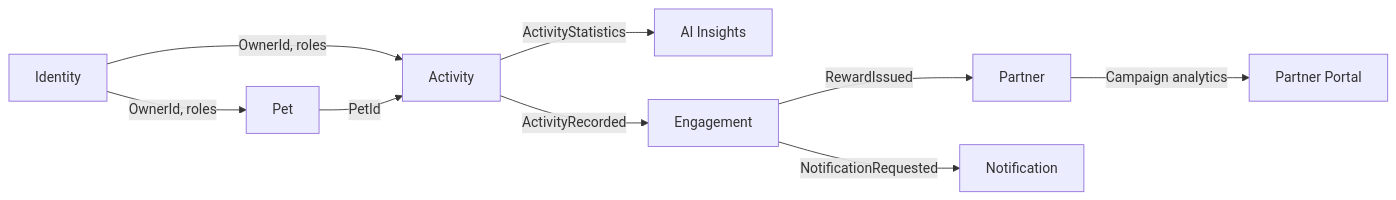
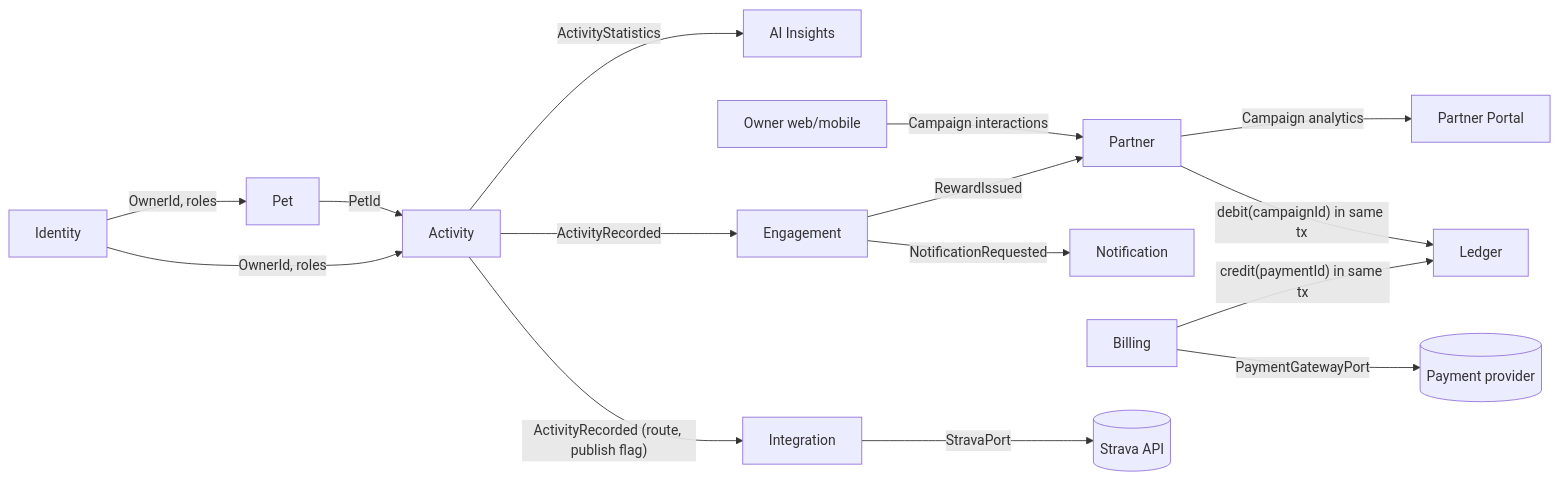
Before and after one commit to i3focus/paw-motion-ai: the diagram in docs/design/context-map.md, drawn with Mermaid. The commit also changed other lines of this file and 21 other files, not shown here.

Commit message:
Document CR-2026-11: partner credits ledger, discovery, live tracking, Strava

````diff
--- a/docs/design/context-map.md
+++ b/docs/design/context-map.md
@@ -3,11 +3,17 @@
 ```mermaid
 flowchart LR
     Identity -- "OwnerId, roles" --> Pet
     Identity -- "OwnerId, roles" --> Activity
     Pet -- "PetId" --> Activity
     Activity -- "ActivityStatistics" --> AIInsights[AI Insights]
     Activity -- "ActivityRecorded" --> Engagement
     Engagement -- "RewardIssued" --> Partner
     Engagement -- "NotificationRequested" --> Notification
     Partner -- "Campaign analytics" --> PartnerPortal[Partner Portal]
+    Billing -- "credit(paymentId) in same tx" --> Ledger
+    Partner -- "debit(campaignId) in same tx" --> Ledger
+    Billing -- "PaymentGatewayPort" --> PSP[(Payment provider)]
+    OwnerApps[Owner web/mobile] -- "Campaign interactions" --> Partner
+    Activity -- "ActivityRecorded (route, publish flag)" --> Integration
+    Integration -- "StravaPort" --> Strava[(Strava API)]
 ```
````
